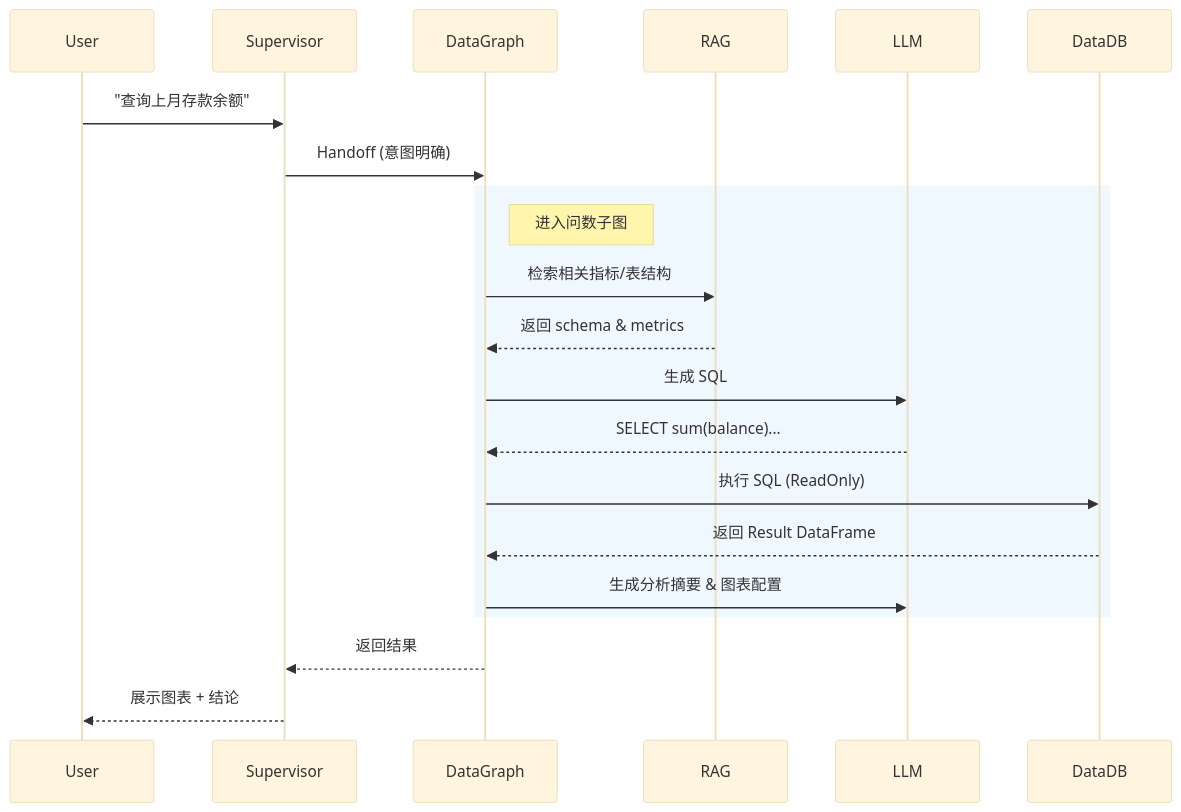
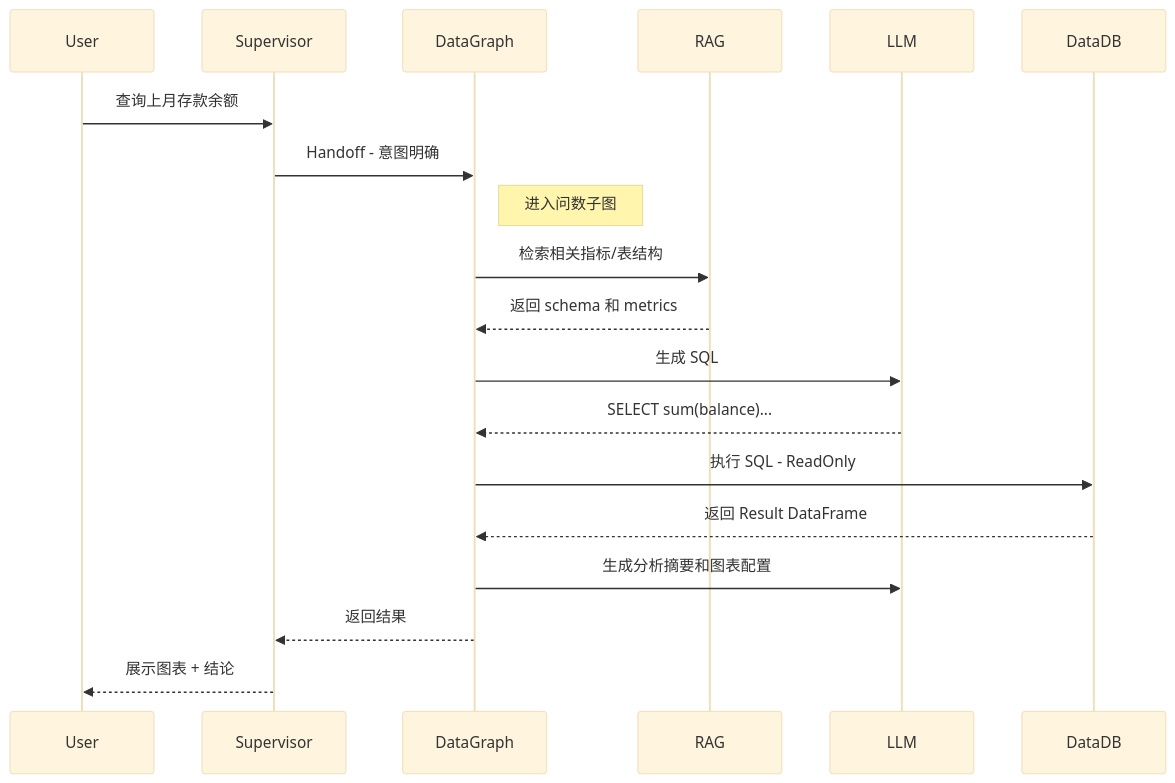
Before and after one commit to jijingkun-commits/fastapi: the second of 2 diagrams in docs/开发文档/架构设计/系统总览.md, drawn with Mermaid (base theme). The commit also changed other lines of this file, not shown here.

````diff
--- a/docs/开发文档/架构设计/系统总览.md
+++ b/docs/开发文档/架构设计/系统总览.md
@@ -177,26 +177,24 @@
 ```mermaid
 sequenceDiagram
     participant User
     participant Supervisor
     participant DataGraph
     participant RAG
     participant LLM
     participant DataDB
 
-    User->>Supervisor: "查询上月存款余额"
-    Supervisor->>DataGraph: Handoff (意图明确)
-    
-    rect rgb(240, 248, 255)
-        note right of DataGraph: 进入问数子图
-        DataGraph->>RAG: 检索相关指标/表结构
-        RAG-->>DataGraph: 返回 schema & metrics
-        DataGraph->>LLM:生成 SQL
-        LLM-->>DataGraph: SELECT sum(balance)...
-        DataGraph->>DataDB: 执行 SQL (ReadOnly)
-        DataDB-->>DataGraph: 返回 Result DataFrame
-        DataGraph->>LLM: 生成分析摘要 & 图表配置
-    end
+    User->>Supervisor: 查询上月存款余额
+    Supervisor->>DataGraph: Handoff - 意图明确
+
+    note right of DataGraph: 进入问数子图
+    DataGraph->>RAG: 检索相关指标/表结构
+    RAG-->>DataGraph: 返回 schema 和 metrics
+    DataGraph->>LLM: 生成 SQL
+    LLM-->>DataGraph: SELECT sum(balance)...
+    DataGraph->>DataDB: 执行 SQL - ReadOnly
+    DataDB-->>DataGraph: 返回 Result DataFrame
+    DataGraph->>LLM: 生成分析摘要和图表配置
     
     DataGraph-->>Supervisor: 返回结果
     Supervisor-->>User: 展示图表 + 结论
 ```
````
